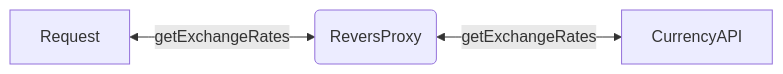
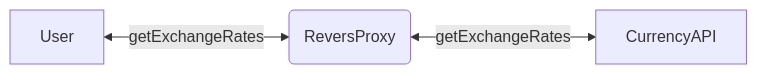
One commit to vergissberlin/resume-currencies changed the diagram in README.md. Above: the diagram before and after it, drawn with Mermaid. The commit also changed other lines of this file and 5 other files, not shown here.

````diff
--- a/README.md
+++ b/README.md
@@ -9,4 +9,4 @@
 ```mermaid
 flowchart LR
-    A[Request] <-->| getExchangeRates | B(ReversProxy) <--> | getExchangeRates | C[CurrencyAPI]
+    A[User] <-->| getExchangeRates | B(ReversProxy) <--> | getExchangeRates | C[CurrencyAPI]
 ```
````
